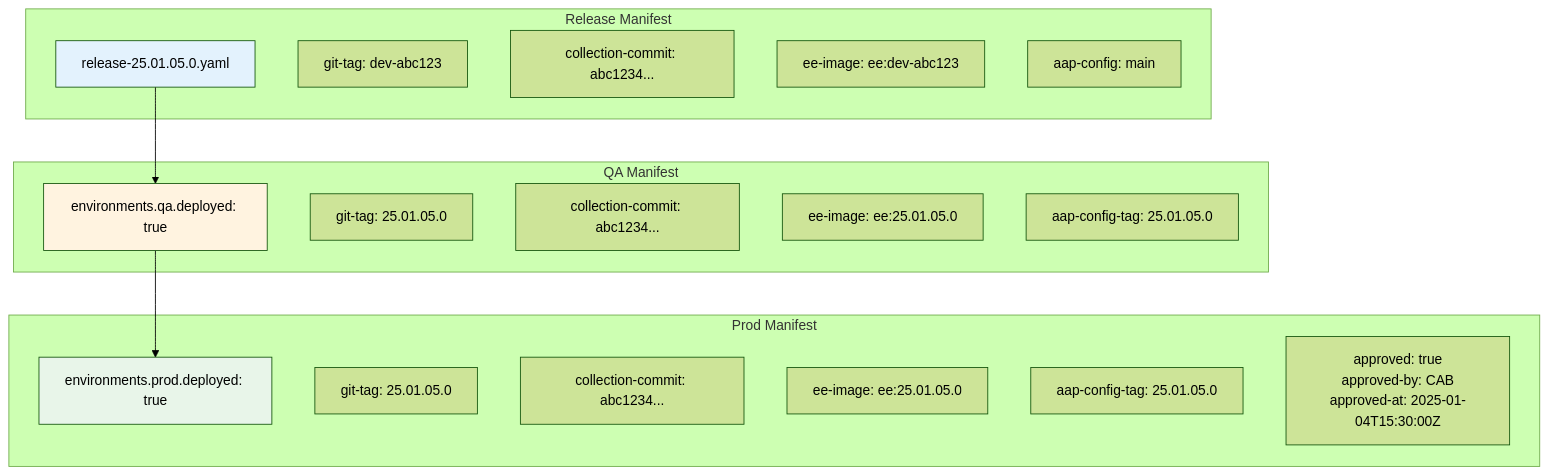
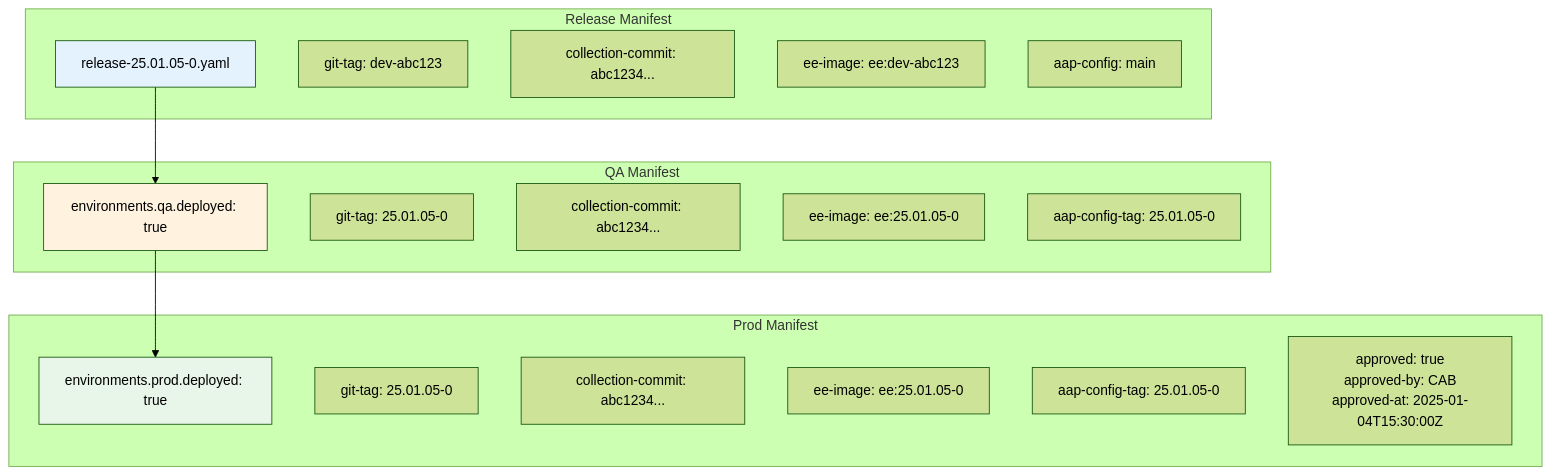
One commit to djdanielsson/rh1-docs changed the third of 17 diagrams in docs/diagrams/PROMOTION-FLOW.md. Above: the diagram before and after it, drawn with Mermaid (forest theme). The commit also changed other lines of this file and 13 other files, not shown here.

````diff
--- a/docs/diagrams/PROMOTION-FLOW.md
+++ b/docs/diagrams/PROMOTION-FLOW.md
@@ -211,34 +211,34 @@
 ```mermaid
 graph TB
     subgraph "Release Manifest"
-        DEV_M["release-25.01.05.0.yaml"]
+        DEV_M["release-25.01.05-0.yaml"]
         DEV_TAG["git-tag: dev-abc123"]
         DEV_COL["collection-commit: abc1234..."]
         DEV_EE["ee-image: ee:dev-abc123"]
         DEV_AAP["aap-config: main"]
     end
 
     subgraph "QA Manifest"
         QA_M["environments.qa.deployed: true"]
-        QA_TAG["git-tag: 25.01.05.0"]
+        QA_TAG["git-tag: 25.01.05-0"]
         QA_COL["collection-commit: abc1234..."]
-        QA_EE["ee-image: ee:25.01.05.0"]
-        QA_AAP["aap-config-tag: 25.01.05.0"]
+        QA_EE["ee-image: ee:25.01.05-0"]
+        QA_AAP["aap-config-tag: 25.01.05-0"]
     end
 
     subgraph "Prod Manifest"
         PROD_M["environments.prod.deployed: true"]
-        PROD_TAG["git-tag: 25.01.05.0"]
+        PROD_TAG["git-tag: 25.01.05-0"]
         PROD_COL["collection-commit: abc1234..."]
-        PROD_EE["ee-image: ee:25.01.05.0"]
-        PROD_AAP["aap-config-tag: 25.01.05.0"]
+        PROD_EE["ee-image: ee:25.01.05-0"]
+        PROD_AAP["aap-config-tag: 25.01.05-0"]
         PROD_APPROVED["approved: true<br/>approved-by: CAB<br/>approved-at: 2025-01-04T15:30:00Z"]
     end
 
     DEV_M --> QA_M
     QA_M --> PROD_M
 
     style DEV_M fill:#e3f2fd
     style QA_M fill:#fff3e0
     style PROD_M fill:#e8f5e9
 ```
````
